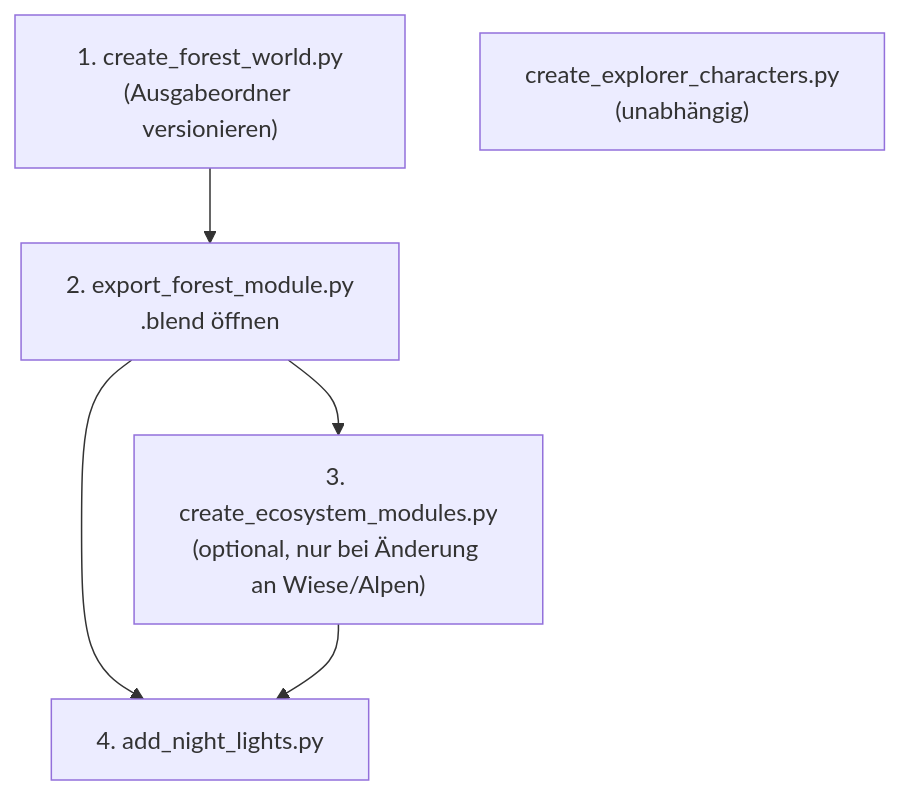
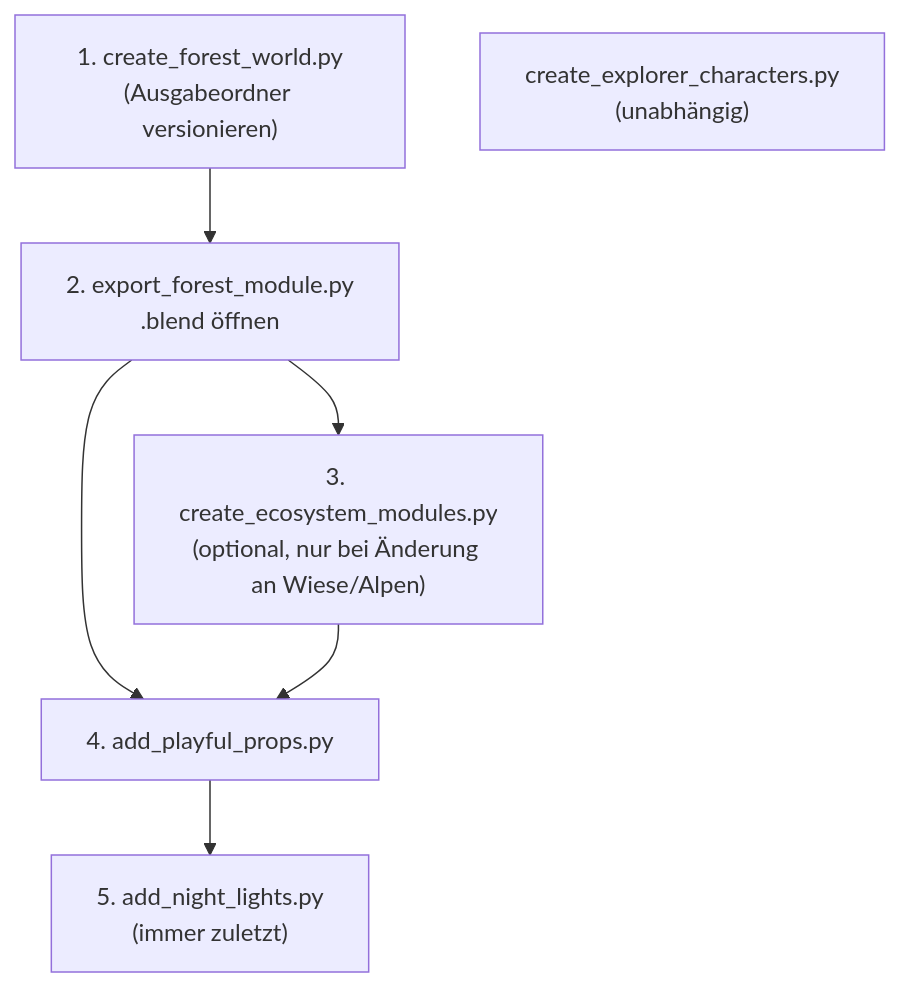
Before and after one commit to noahilli/plantini: the diagram in docs-site/docs/3d/blender-pipeline.md, drawn with Mermaid. The commit also changed other lines of this file and 7 other files, not shown here.

````diff
--- a/docs-site/docs/3d/blender-pipeline.md
+++ b/docs-site/docs/3d/blender-pipeline.md
@@ -36,8 +40,9 @@
 ```mermaid
 flowchart TD
     A["1. create_forest_world.py<br/>(Ausgabeordner versionieren)"] --> B["2. export_forest_module.py<br/>.blend öffnen"]
     B --> C["3. create_ecosystem_modules.py<br/>(optional, nur bei Änderung an Wiese/Alpen)"]
-    B --> D
-    C --> D["4. add_night_lights.py"]
+    B --> P
+    C --> P["4. add_playful_props.py"]
+    P --> D["5. add_night_lights.py<br/>(immer zuletzt)"]
     E["create_explorer_characters.py<br/>(unabhängig)"]
 ```
````
